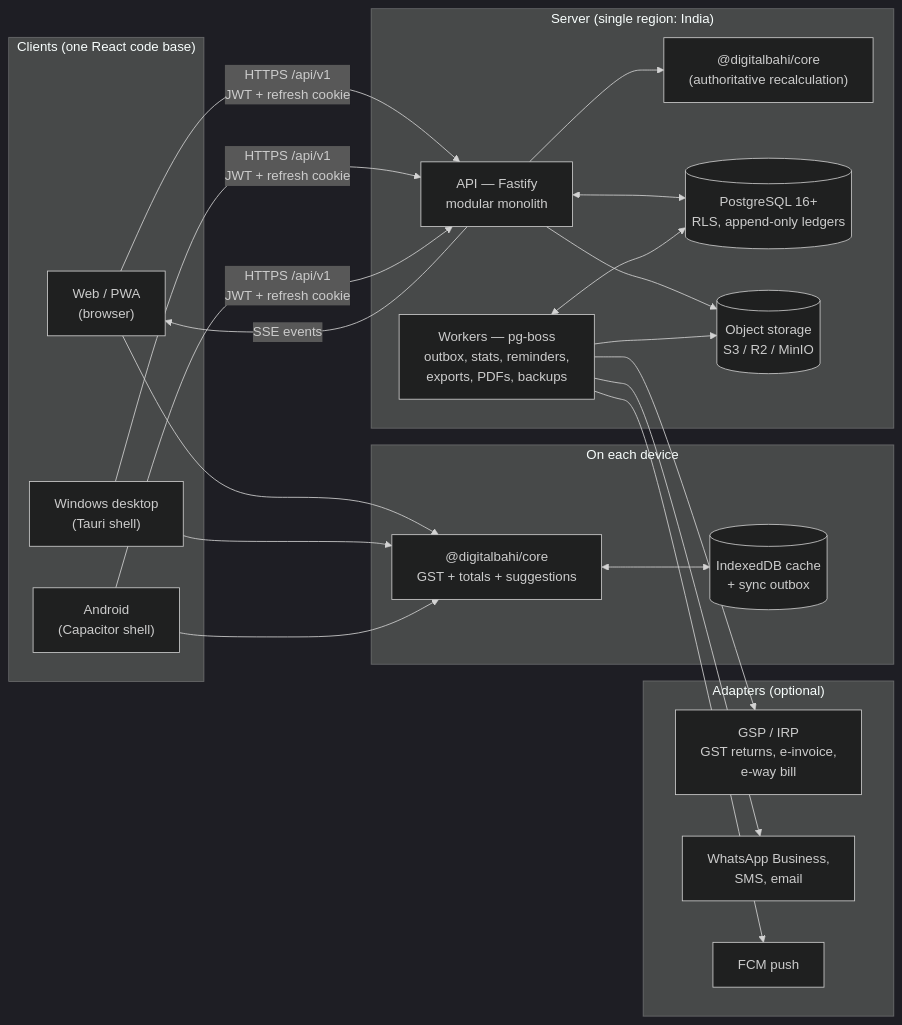
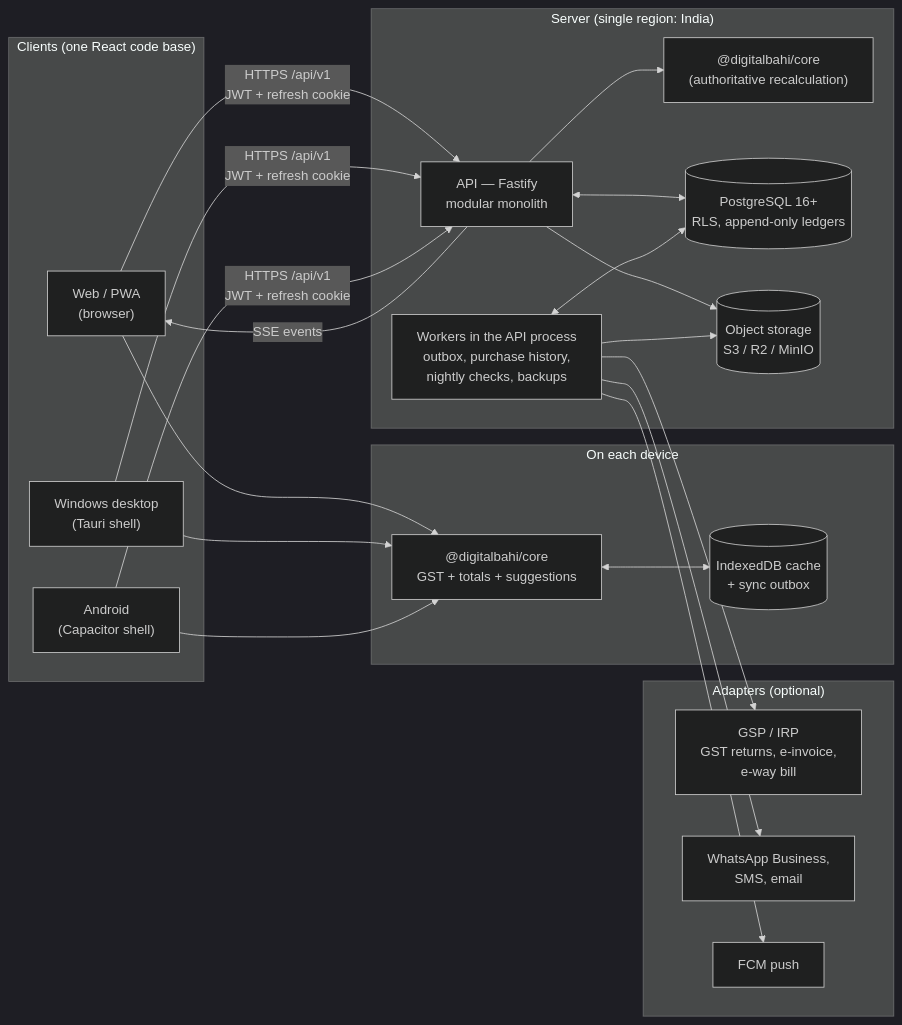
Before and after one commit to shailendrasahug010/BillingSystem: the first of 3 diagrams in docs/01-architecture.md, drawn with Mermaid (dark theme). The commit also changed other lines of this file and 32 other files, not shown here.

First line of the commit message:
Phase 5.1: purchase-history service, nightly checks, suggestion feedback

````diff
--- a/docs/01-architecture.md
+++ b/docs/01-architecture.md
@@ -32,38 +32,38 @@
 ```mermaid
 flowchart LR
   subgraph Clients["Clients (one React code base)"]
     WEB["Web / PWA<br/>(browser)"]
     WIN["Windows desktop<br/>(Tauri shell)"]
     AND["Android<br/>(Capacitor shell)"]
   end
 
   subgraph Device["On each device"]
     CORE1["@digitalbahi/core<br/>GST + totals + suggestions"]
     IDB[("IndexedDB cache<br/>+ sync outbox")]
   end
 
   subgraph Server["Server (single region: India)"]
     API["API — Fastify<br/>modular monolith"]
     CORE2["@digitalbahi/core<br/>(authoritative recalculation)"]
-    JOBS["Workers — pg-boss<br/>outbox, stats, reminders,<br/>exports, PDFs, backups"]
+    JOBS["Workers in the API process<br/>outbox, purchase history,<br/>nightly checks, backups"]
     PG[("PostgreSQL 16+<br/>RLS, append-only ledgers")]
     OBJ[("Object storage<br/>S3 / R2 / MinIO")]
   end
 
   subgraph External["Adapters (optional)"]
     GSP["GSP / IRP<br/>GST returns, e-invoice,<br/>e-way bill"]
     MSG["WhatsApp Business,<br/>SMS, email"]
     PUSH["FCM push"]
   end
 
   WEB & WIN & AND --> CORE1
   CORE1 <--> IDB
   WEB & WIN & AND -- "HTTPS /api/v1<br/>JWT + refresh cookie" --> API
   API --> CORE2
   API <--> PG
   JOBS <--> PG
   API --> OBJ
   JOBS --> OBJ
   JOBS --> GSP & MSG & PUSH
   API -- "SSE events" --> WEB
 ```
````
